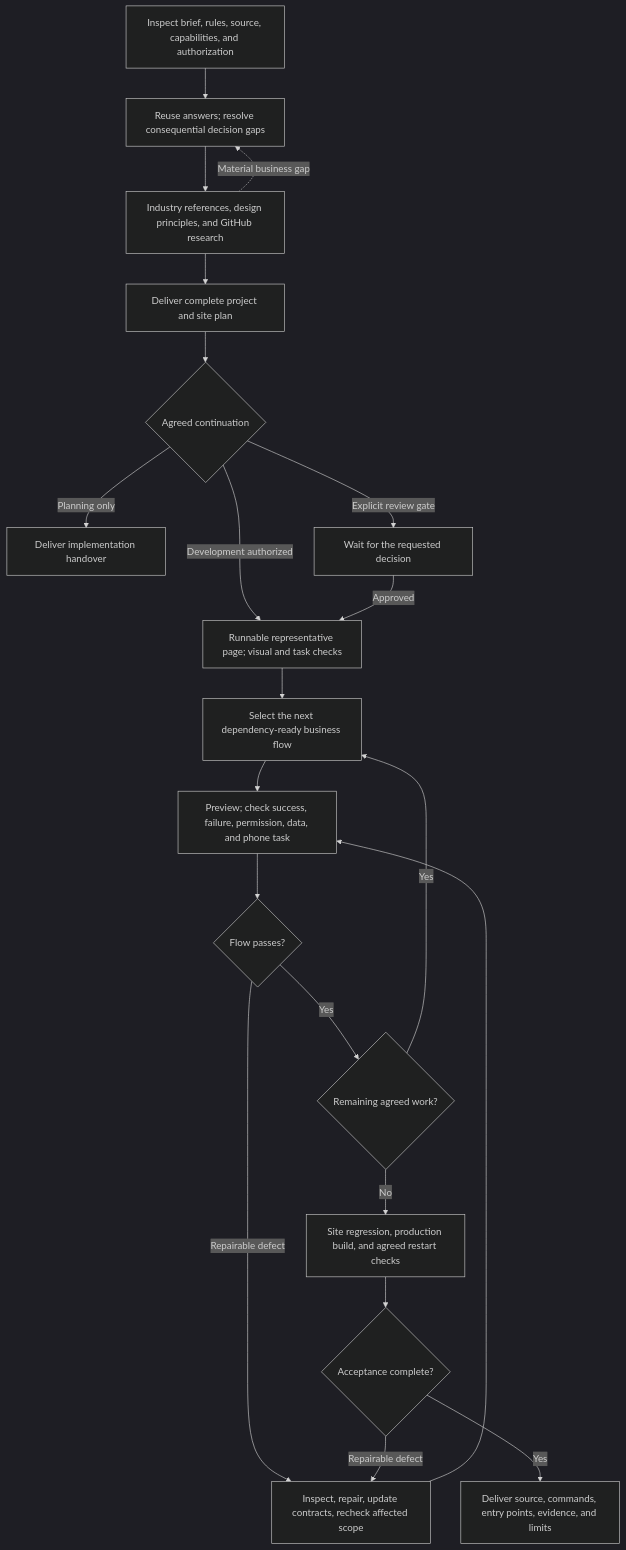
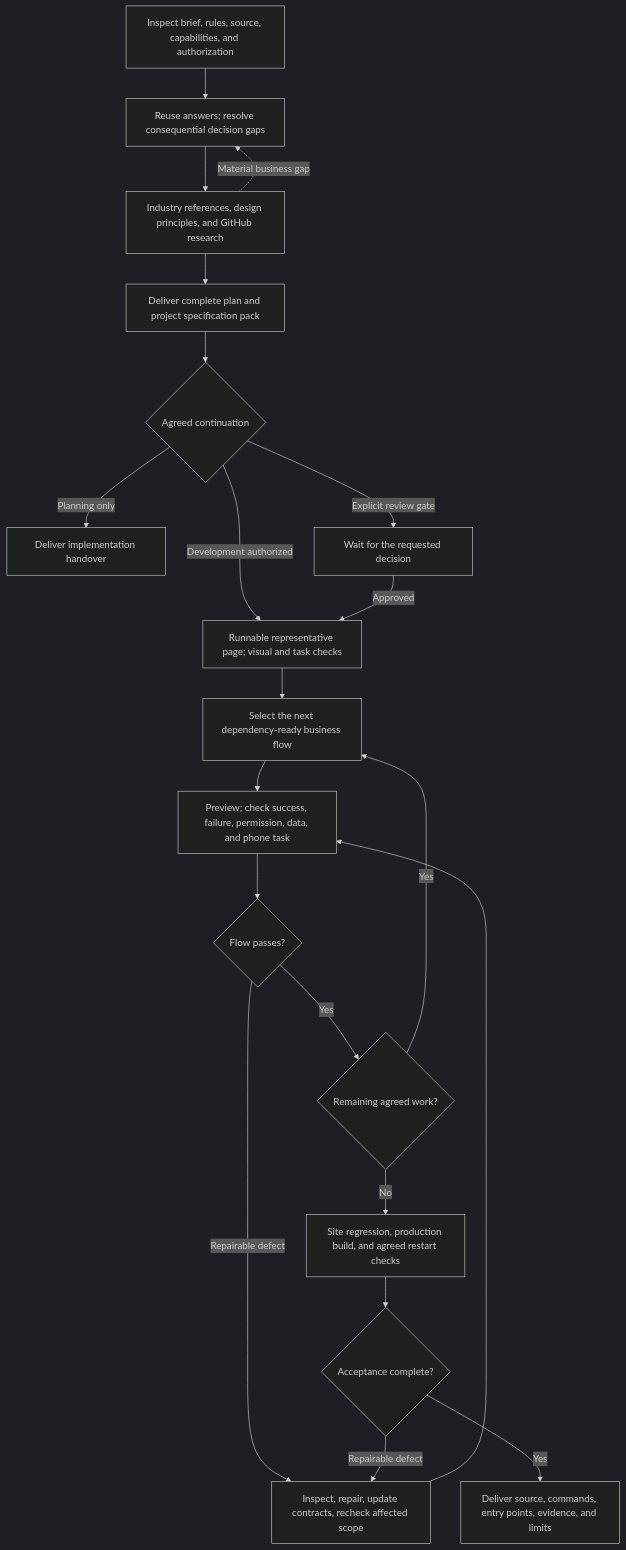
The first of 2 diagrams in docs/workflow.md (KarmenLoop/fullstack-web-delivery), drawn with Mermaid (dark theme) before and after one commit. The commit also changed other lines of this file and 104 other files, not shown here.

````diff
--- a/docs/workflow.md
+++ b/docs/workflow.md
@@ -5,23 +5,23 @@
 ```mermaid
 flowchart TD
   A[Inspect brief, rules, source, capabilities, and authorization] --> B[Reuse answers; resolve consequential decision gaps]
   B --> C[Industry references, design principles, and GitHub research]
   C -. Material business gap .-> B
-  C --> D[Deliver complete project and site plan]
+  C --> D[Deliver complete plan and project specification pack]
   D --> E{Agreed continuation}
   E -->|Planning only| P[Deliver implementation handover]
   E -->|Explicit review gate| Q[Wait for the requested decision]
   E -->|Development authorized| F[Runnable representative page; visual and task checks]
   Q -->|Approved| F
   F --> G[Select the next dependency-ready business flow]
   G --> H[Preview; check success, failure, permission, data, and phone task]
   H --> I{Flow passes?}
   I -->|Repairable defect| J[Inspect, repair, update contracts, recheck affected scope]
   J --> H
   I -->|Yes| K{Remaining agreed work?}
   K -->|Yes| G
   K -->|No| L[Site regression, production build, and agreed restart checks]
   L --> M{Acceptance complete?}
   M -->|Repairable defect| J
   M -->|Yes| N[Deliver source, commands, entry points, evidence, and limits]
 ```
````
